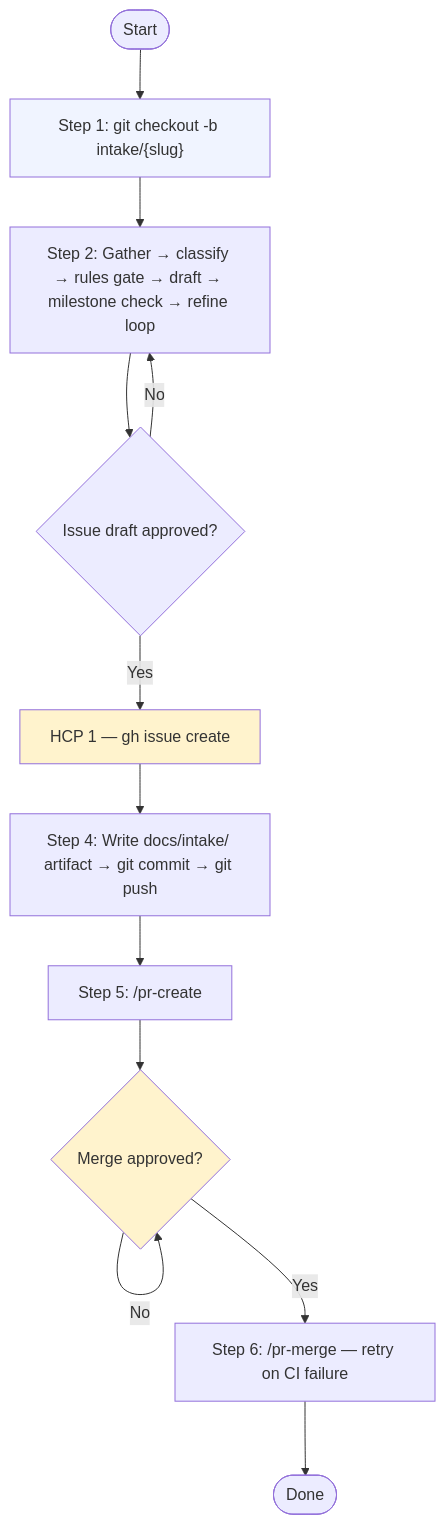
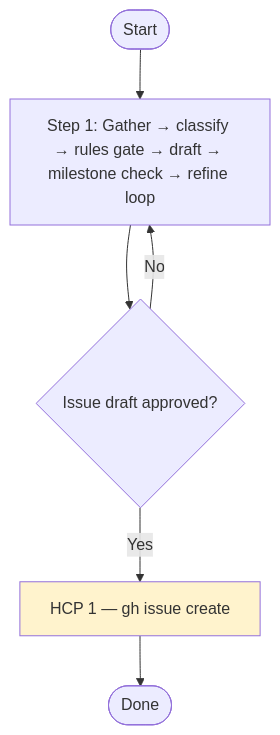
The fifth of 5 diagrams in docs/claude-ecosystem/orchestration.md (ashitaka-emishi/lob-online), drawn with Mermaid before and after one commit. The commit also changed other lines of this file and 33 other files, not shown here.

First line of the commit message:
feat(#67): simplify issue-intake — remove artifact commit and branch lifecycle (#69)

````diff
--- a/docs/claude-ecosystem/orchestration.md
+++ b/docs/claude-ecosystem/orchestration.md
@@ -297,18 +286,10 @@
 ```mermaid
 flowchart TD
-  A([Start]) --> B["Step 1: git checkout -b intake/{slug}"]
-  B --> C["Step 2: Gather → classify → rules gate → draft → milestone check → refine loop"]
-  C --> D{Issue draft approved?}
-  D -- No --> C
-  D -- Yes --> E["HCP 1 — gh issue create"]
-  E --> F["Step 4: Write docs/intake/ artifact → git commit → git push"]
-  F --> G["Step 5: /pr-create"]
-  G --> H{Merge approved?}
-  H -- No --> H
-  H -- Yes --> I["Step 6: /pr-merge — retry on CI failure"]
-  I --> J([Done])
+  A([Start]) --> B["Step 1: Gather → classify → rules gate → draft → milestone check → refine loop"]
+  B --> C{Issue draft approved?}
+  C -- No --> B
+  C -- Yes --> D["HCP 1 — gh issue create"]
+  D --> E([Done])
 
-  style B fill:#f0f4ff
-  style E fill:#fff3cd
-  style H fill:#fff3cd
+  style D fill:#fff3cd
 ```
````
